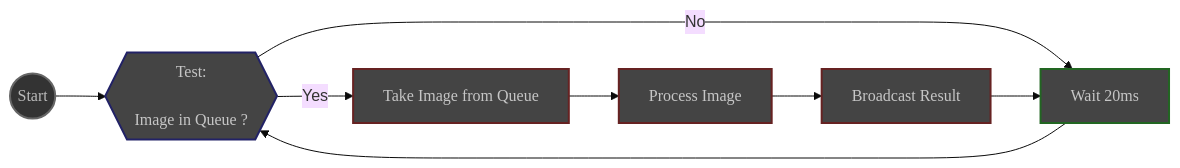
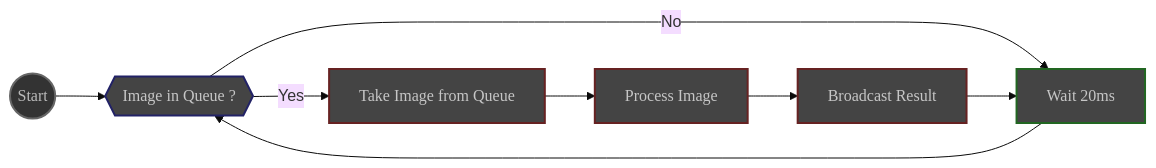
One commit to deufrai/als changed the first of 4 diagrams in content/en/docs/v0.7/reference/modules/_index.md. Above: the diagram before and after it, drawn with Mermaid (base theme). The commit also changed other lines of this file and 5 other files, not shown here.

Commit message:
add flowchart for dark subtraction process

````diff
--- a/content/en/docs/v0.7/reference/modules/_index.md
+++ b/content/en/docs/v0.7/reference/modules/_index.md
@@ -48,30 +48,30 @@
 ```mermaid
 flowchart LR
     START((Start))
-    TEST{{Test:<br><br>Image in Queue ?}}
+    TEST{{Image in Queue ?}}
     TAKE[Take Image from Queue]
     PROCESS[Process Image]
     BROADCAST[Broadcast Result]
     WAIT[Wait 20ms]
     
     START --> TEST
     TEST -- Yes --> TAKE
     TEST -- No --> WAIT
     TAKE --> PROCESS
     PROCESS --> BROADCAST
     BROADCAST --> WAIT
     WAIT --> TEST
     
     classDef bounds fill: #333, stroke: #666, stroke-width: 2px, color: #BBB, font-family: 'Poppins', sans-serif
     classDef step fill: #444, stroke: #622, stroke-width:2px, color: #c6c6c6, font-family: 'Poppins',sans-serif
     classDef wait  fill: #444, stroke: #262, stroke-width: 2px, color: #c6c6c6, font-family: 'Poppins', sans-serif
     classDef test fill: #444, stroke: #226,stroke-width: 2px, color: #c6c6c6, font-family:'Poppins', sans-serif
 
 
     class START bounds
     class TEST test
     class TAKE step
     class PROCESS step
     class BROADCAST step
     class WAIT wait
 ```
````
